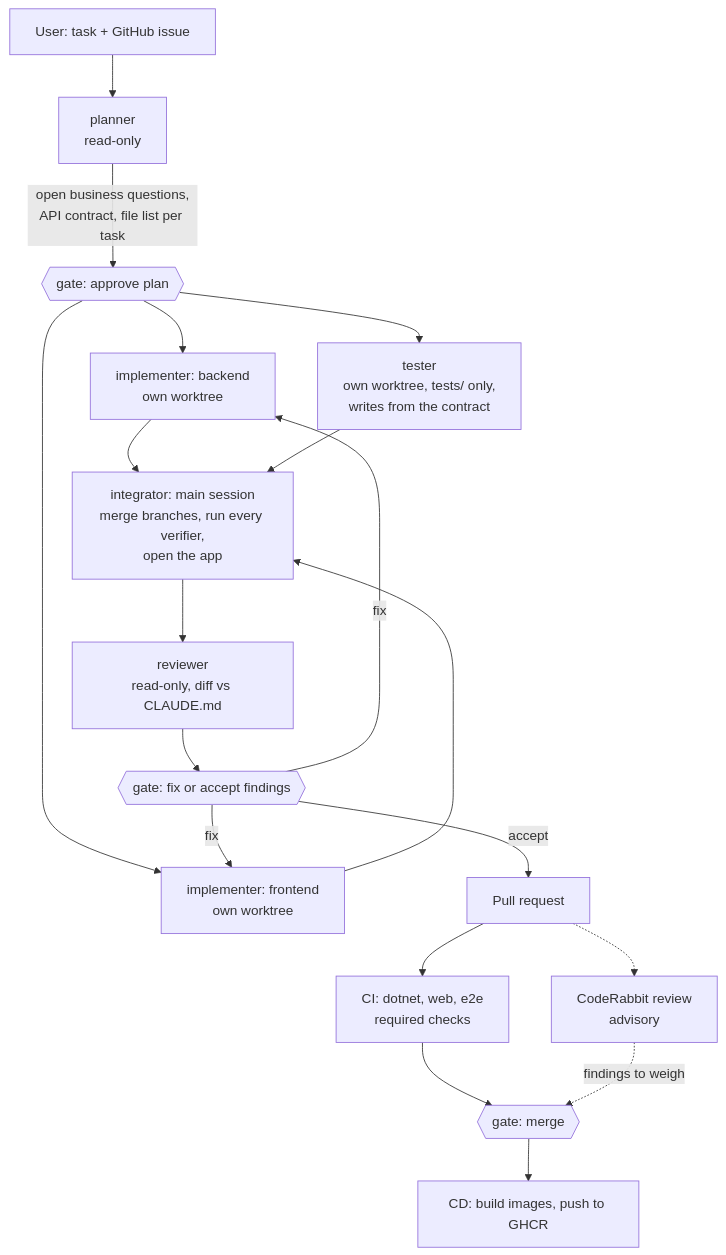
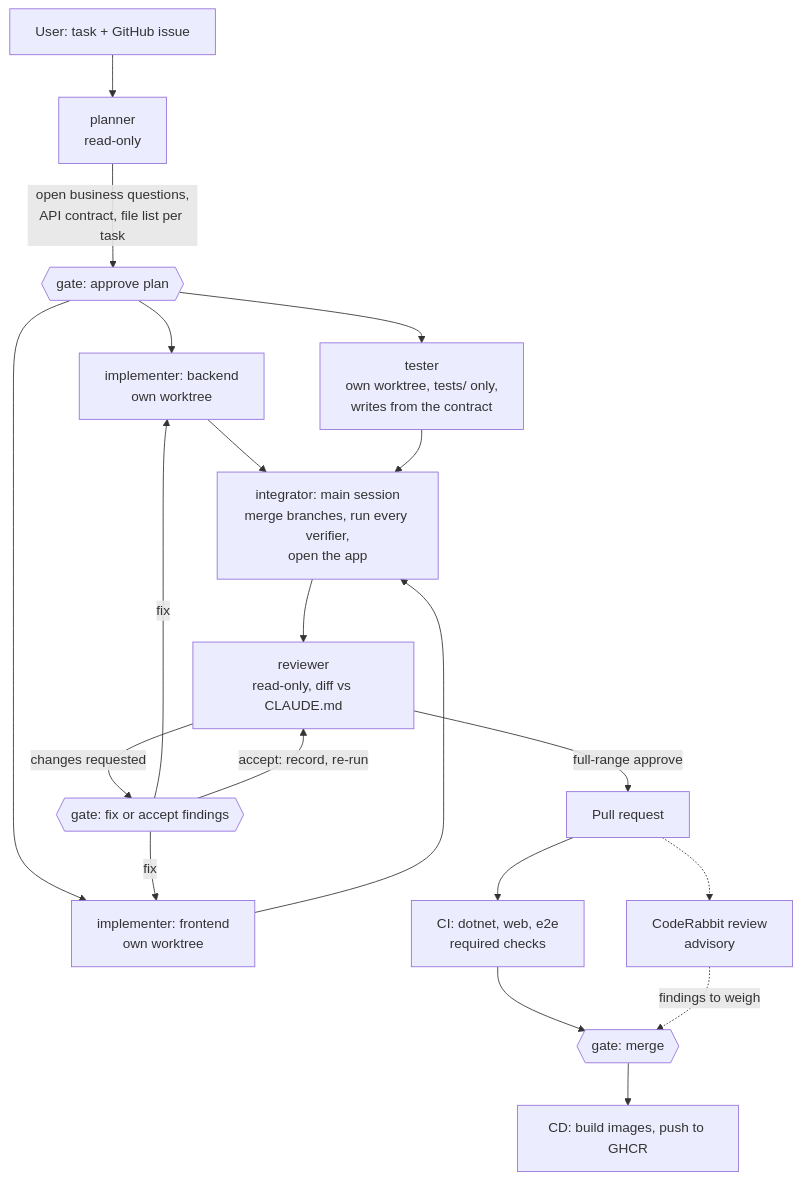
One commit to duytech/MiniPOS changed the diagram in README.md. Above: the diagram before and after it, drawn with Mermaid.

Commit message:
88 | Send accepted findings back through the reviewer in the README diagram
Full-range review: the diagram still took an accepted finding straight to the PR, while a stamp now
needs a full-range approve, so an accepted finding is recorded and the reviewer runs again.

````diff
--- a/README.md
+++ b/README.md
@@ -35,21 +35,22 @@
 ```mermaid
 flowchart TD
     U[User: task + GitHub issue] --> P[planner<br/>read-only]
     P -->|open business questions,<br/>API contract, file list per task| G1{{gate: approve plan}}
     G1 --> IB[implementer: backend<br/>own worktree]
     G1 --> IF[implementer: frontend<br/>own worktree]
     G1 --> T[tester<br/>own worktree, tests/ only,<br/>writes from the contract]
     IB --> I[integrator: main session<br/>merge branches, run every verifier,<br/>open the app]
     IF --> I
     T --> I
     I --> R[reviewer<br/>read-only, diff vs CLAUDE.md]
-    R --> G2{{gate: fix or accept findings}}
+    R -->|changes requested| G2{{gate: fix or accept findings}}
     G2 -->|fix| IB
     G2 -->|fix| IF
-    G2 -->|accept| PR[Pull request]
+    G2 -->|accept: record, re-run| R
+    R -->|full-range approve| PR[Pull request]
     PR --> CI[CI: dotnet, web, e2e<br/>required checks]
     PR -.-> CR[CodeRabbit review<br/>advisory]
     CI --> G3{{gate: merge}}
     CR -.->|findings to weigh| G3
     G3 --> CD[CD: build images, push to GHCR]
 ```
````
